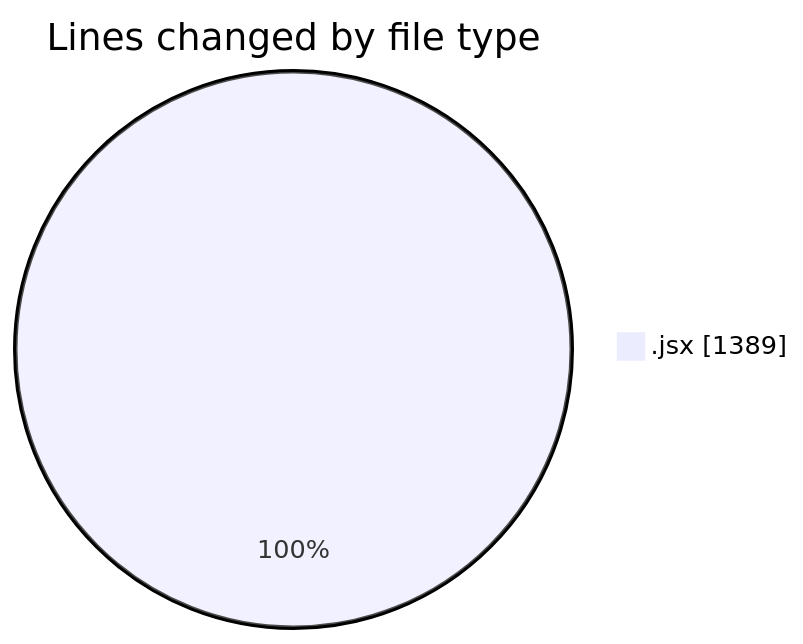
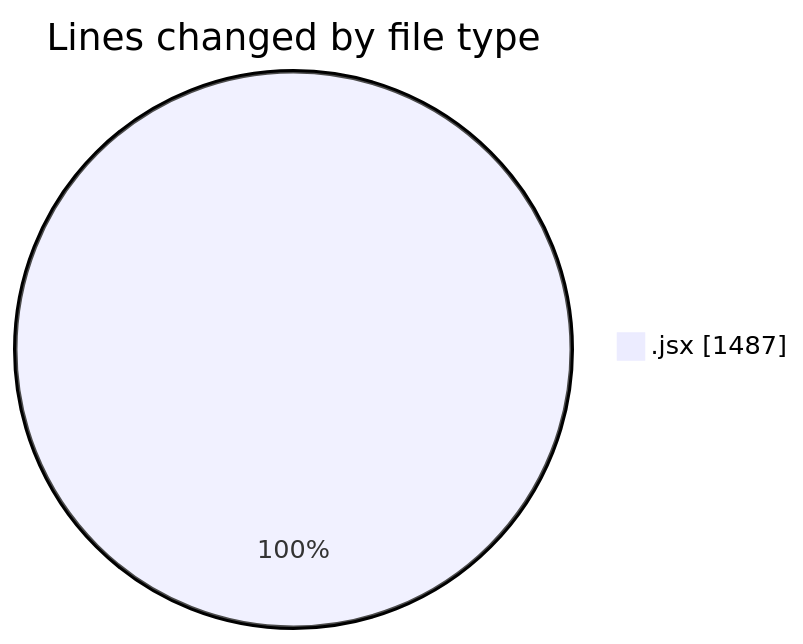
The first of 2 diagrams in 2025-05-10/argos-dev/README.md (nxtqubesakshisongat/code-tracking), drawn with Mermaid before and after one commit. The commit also changed other lines of this file and 1 other file, not shown here.

````diff
--- a/2025-05-10/argos-dev/README.md
+++ b/2025-05-10/argos-dev/README.md
@@ -21,5 +21,5 @@
 ```mermaid
 pie showData
 title Lines changed by file type
-".jsx" : 1389
+".jsx" : 1487
 ```
````
